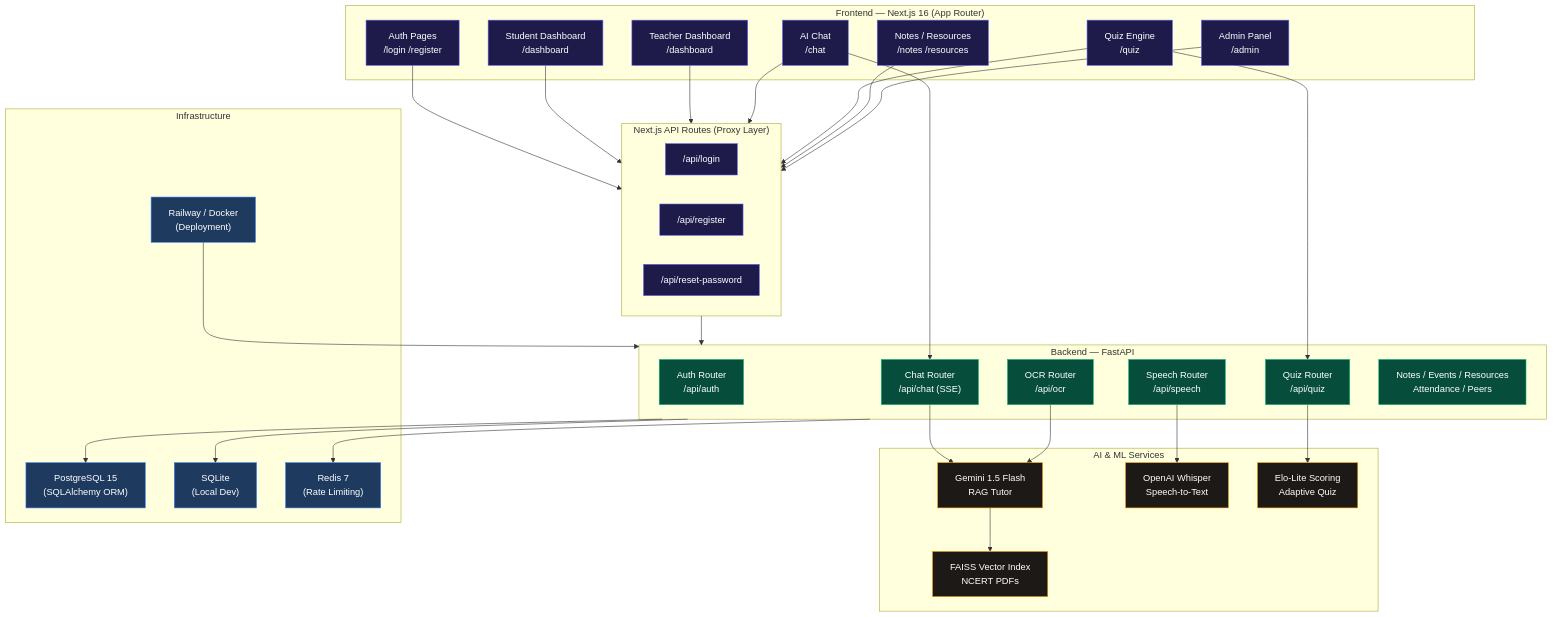
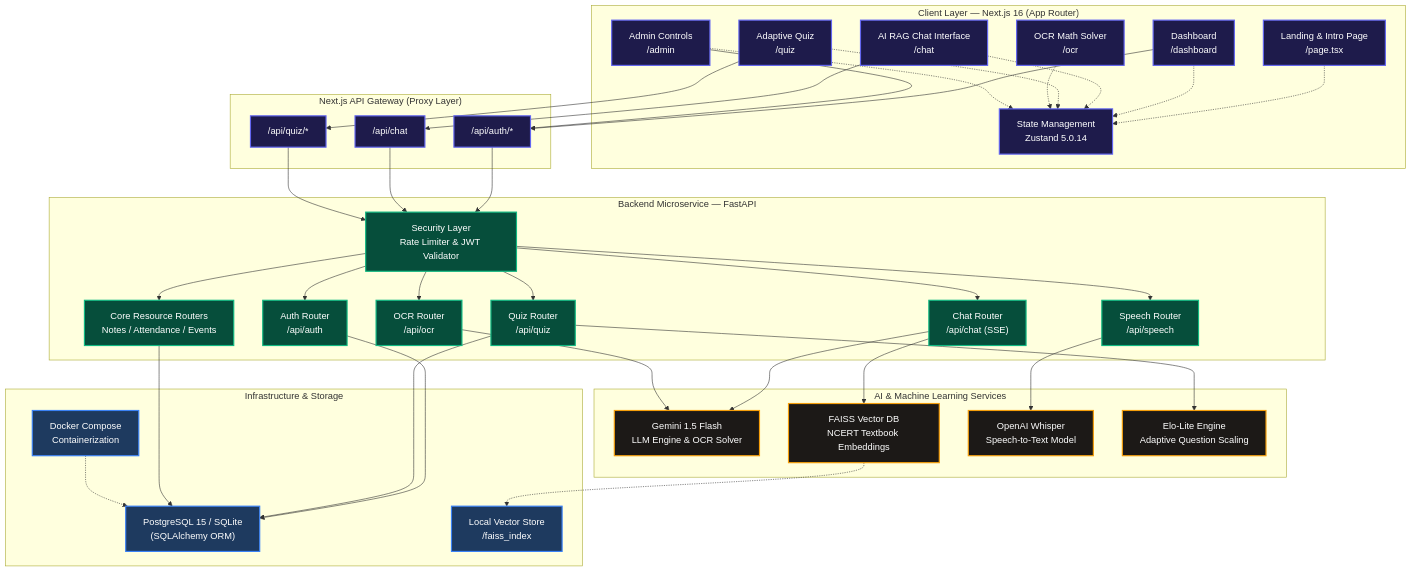
One commit to bhargav0098/EduBridge-Ai changed the diagram in README.md. Above: the diagram before and after it, drawn with Mermaid. The commit also changed other lines of this file and 2 other files, not shown here.

Commit message:
docs: redesign README.md and untrack sqlite database under gitignore

````diff
--- a/README.md
+++ b/README.md
@@ -140,58 +79,72 @@
 ```mermaid
 graph TD
-    classDef frontend fill:#1E1B4B,stroke:#6366F1,color:#fff
-    classDef backend fill:#064E3B,stroke:#10B981,color:#fff
-    classDef ai fill:#1C1917,stroke:#F59E0B,color:#fff
-    classDef infra fill:#1E3A5F,stroke:#3B82F6,color:#fff
+    classDef frontend fill:#1E1B4B,stroke:#6366F1,color:#fff,stroke-width:2px
+    classDef backend fill:#064E3B,stroke:#10B981,color:#fff,stroke-width:2px
+    classDef ai fill:#1C1917,stroke:#F59E0B,color:#fff,stroke-width:2px
+    classDef infra fill:#1E3A5F,stroke:#3B82F6,color:#fff,stroke-width:2px
 
-    subgraph FE["Frontend — Next.js 16 (App Router)"]
-        A["Auth Pages\n/login /register"]:::frontend
-        B["Student Dashboard\n/dashboard"]:::frontend
-        C["Teacher Dashboard\n/dashboard"]:::frontend
-        D["AI Chat\n/chat"]:::frontend
-        E["Quiz Engine\n/quiz"]:::frontend
-        F["Notes / Resources\n/notes /resources"]:::frontend
-        G["Admin Panel\n/admin"]:::frontend
+    subgraph FE["Client Layer — Next.js 16 (App Router)"]
+        UI_Home["Landing & Intro Page\n/page.tsx"]:::frontend
+        UI_Dash["Dashboard\n/dashboard"]:::frontend
+        UI_Chat["AI RAG Chat Interface\n/chat"]:::frontend
+        UI_Quiz["Adaptive Quiz\n/quiz"]:::frontend
+        UI_OCR["OCR Math Solver\n/ocr"]:::frontend
+        UI_Admin["Admin Controls\n/admin"]:::frontend
+        Store["State Management\nZustand 5.0.14"]:::frontend
     end
 
-    subgraph API["Next.js API Routes (Proxy Layer)"]
-        H["/api/login"]:::frontend
-        I["/api/register"]:::frontend
-        J["/api/reset-password"]:::frontend
+    subgraph PROXY["Next.js API Gateway (Proxy Layer)"]
+        P_Auth["/api/auth/*"]:::frontend
+        P_Chat["/api/chat"]:::frontend
+        P_Quiz["/api/quiz/*"]:::frontend
     end
 
-    subgraph BE["Backend — FastAPI"]
-        K["Auth Router\n/api/auth"]:::backend
-        L["Chat Router\n/api/chat (SSE)"]:::backend
-        M["Quiz Router\n/api/quiz"]:::backend
-        N["Speech Router\n/api/speech"]:::backend
-        O["OCR Router\n/api/ocr"]:::backend
-        P["Notes / Events / Resources\nAttendance / Peers"]:::backend
+    subgraph BE["Backend Microservice — FastAPI"]
+        SEC["Security Layer\nRate Limiter & JWT Validator"]:::backend
+        R_Auth["Auth Router\n/api/auth"]:::backend
+        R_Chat["Chat Router\n/api/chat (SSE)"]:::backend
+        R_Quiz["Quiz Router\n/api/quiz"]:::backend
+        R_OCR["OCR Router\n/api/ocr"]:::backend
+        R_Speech["Speech Router\n/api/speech"]:::backend
+        R_Core["Core Resource Routers\nNotes / Attendance / Events"]:::backend
     end
 
-    subgraph AI_Layer["AI & ML Services"]
-        Q["Gemini 1.5 Flash\nRAG Tutor"]:::ai
-        R["FAISS Vector Index\nNCERT PDFs"]:::ai
-        S["OpenAI Whisper\nSpeech-to-Text"]:::ai
-        T["Elo-Lite Scoring\nAdaptive Quiz"]:::ai
+    subgraph AI["AI & Machine Learning Services"]
+        Gemini["Gemini 1.5 Flash\nLLM Engine & OCR Solver"]:::ai
+        FAISS["FAISS Vector DB\nNCERT Textbook Embeddings"]:::ai
+        Whisper["OpenAI Whisper\nSpeech-to-Text Model"]:::ai
+        Elo["Elo-Lite Engine\nAdaptive Question Scaling"]:::ai
     end
 
-    subgraph Infra["Infrastructure"]
-        U["PostgreSQL 15\n(SQLAlchemy ORM)"]:::infra
-        V["SQLite\n(Local Dev)"]:::infra
-        W["Redis 7\n(Rate Limiting)"]:::infra
-        X["Railway / Docker\n(Deployment)"]:::infra
+    subgraph DB["Infrastructure & Storage"]
+        Postgres["PostgreSQL 15 / SQLite\n(SQLAlchemy ORM)"]:::infra
+        LocalStore["Local Vector Store\n/faiss_index"]:::infra
+        Docker["Docker Compose\nContainerization"]:::infra
     end
 
-    A & B & C & D & E & F & G --> API
-    API --> BE
-    D --> L --> Q
-    Q --> R
-    E --> M --> T
-    N --> S
-    O --> Q
-    BE --> U
-    BE --> V
-    BE --> W
-    X --> BE
+    %% Interactions
+    UI_Home & UI_Dash & UI_Chat & UI_Quiz & UI_OCR & UI_Admin -.-> Store
+    UI_Chat --> P_Chat
+    UI_Quiz --> P_Quiz
+    UI_Dash & UI_Admin --> P_Auth
+
+    P_Auth & P_Chat & P_Quiz --> SEC
+    SEC --> R_Auth
+    SEC --> R_Chat
+    SEC --> R_Quiz
+    SEC --> R_OCR
+    SEC --> R_Speech
+    SEC --> R_Core
+
+    R_Auth --> Postgres
+    R_Chat --> FAISS
+    R_Chat --> Gemini
+    R_OCR --> Gemini
+    R_Speech --> Whisper
+    R_Quiz --> Elo
+    R_Quiz --> Postgres
+    R_Core --> Postgres
+
+    FAISS -.-> LocalStore
+    Docker -.-> Postgres
 ```
````
